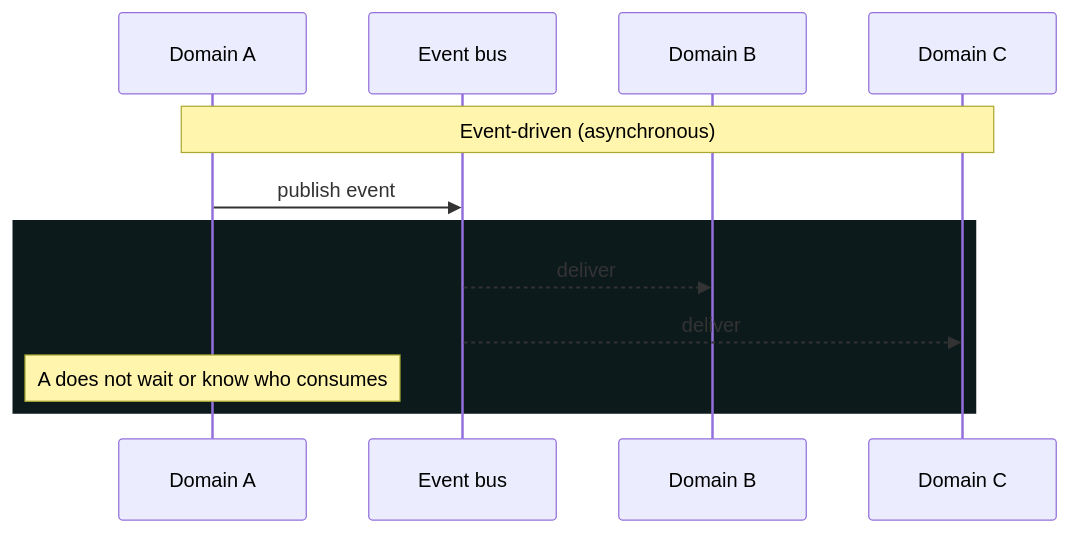
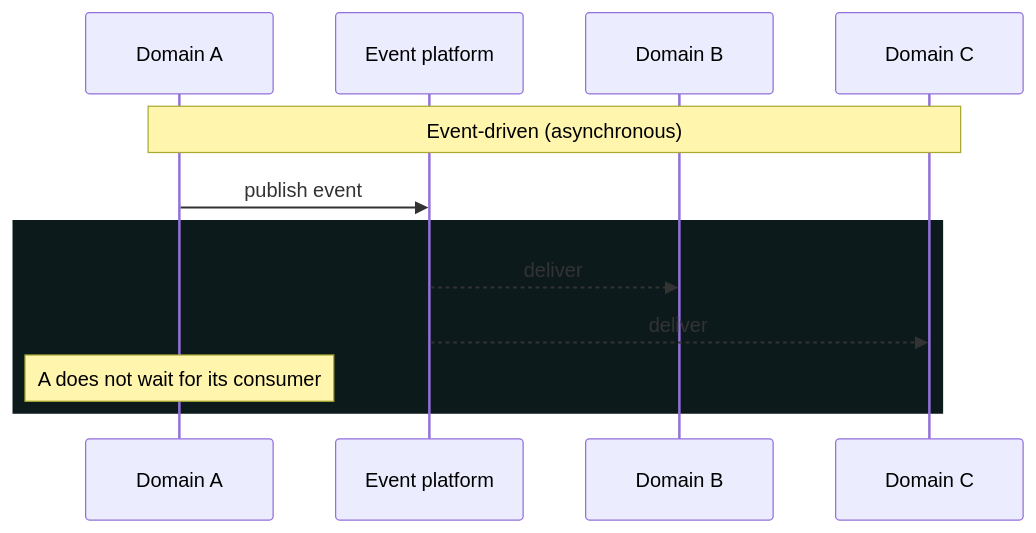
The third of 4 diagrams in adrs/005-coupling-across-domains.md (raghavarora12/engineering-playbook), drawn with Mermaid before and after one commit. The commit also changed other lines of this file and 1 other file, not shown here.

````diff
--- a/adrs/005-coupling-across-domains.md
+++ b/adrs/005-coupling-across-domains.md
@@ -102,14 +114,14 @@
 ```mermaid
 sequenceDiagram
     participant A as Domain A
-    participant Bus as Event bus
+    participant Bus as Event platform
     participant B as Domain B
     participant C as Domain C
     Note over A,C: Event-driven (asynchronous)
     A->>Bus: publish event
     rect rgb(13, 26, 28)
     Bus-->>B: deliver
     Bus-->>C: deliver
-    Note over A: A does not wait or know who consumes
+    Note over A: A does not wait for its consumer
     end
 ```
````
